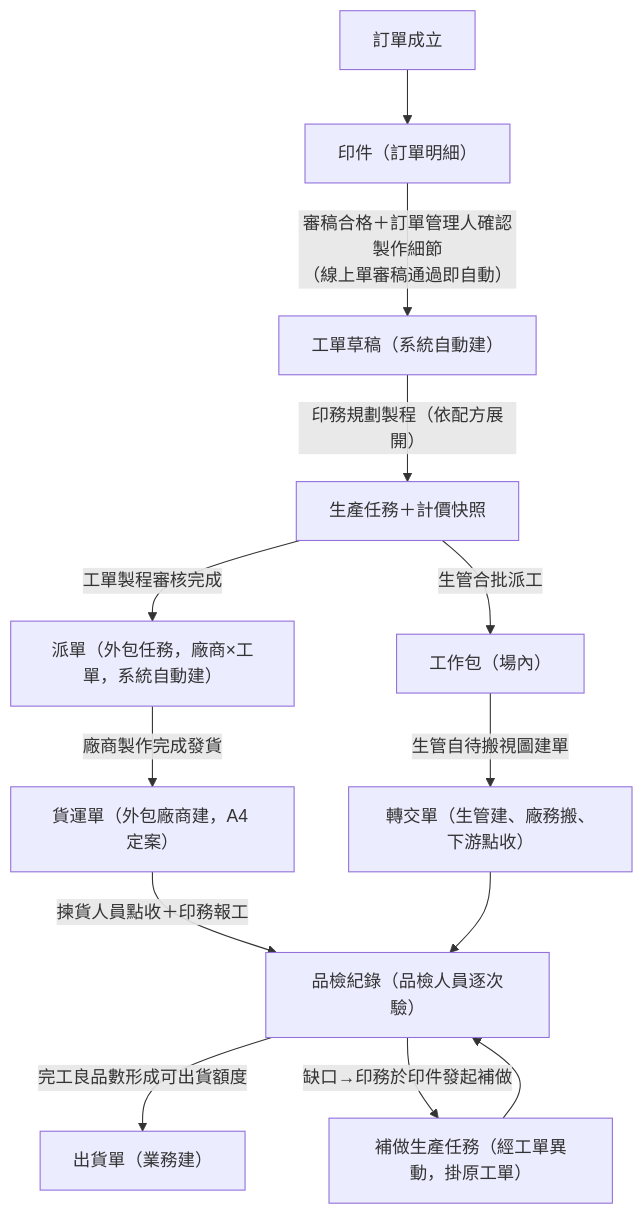
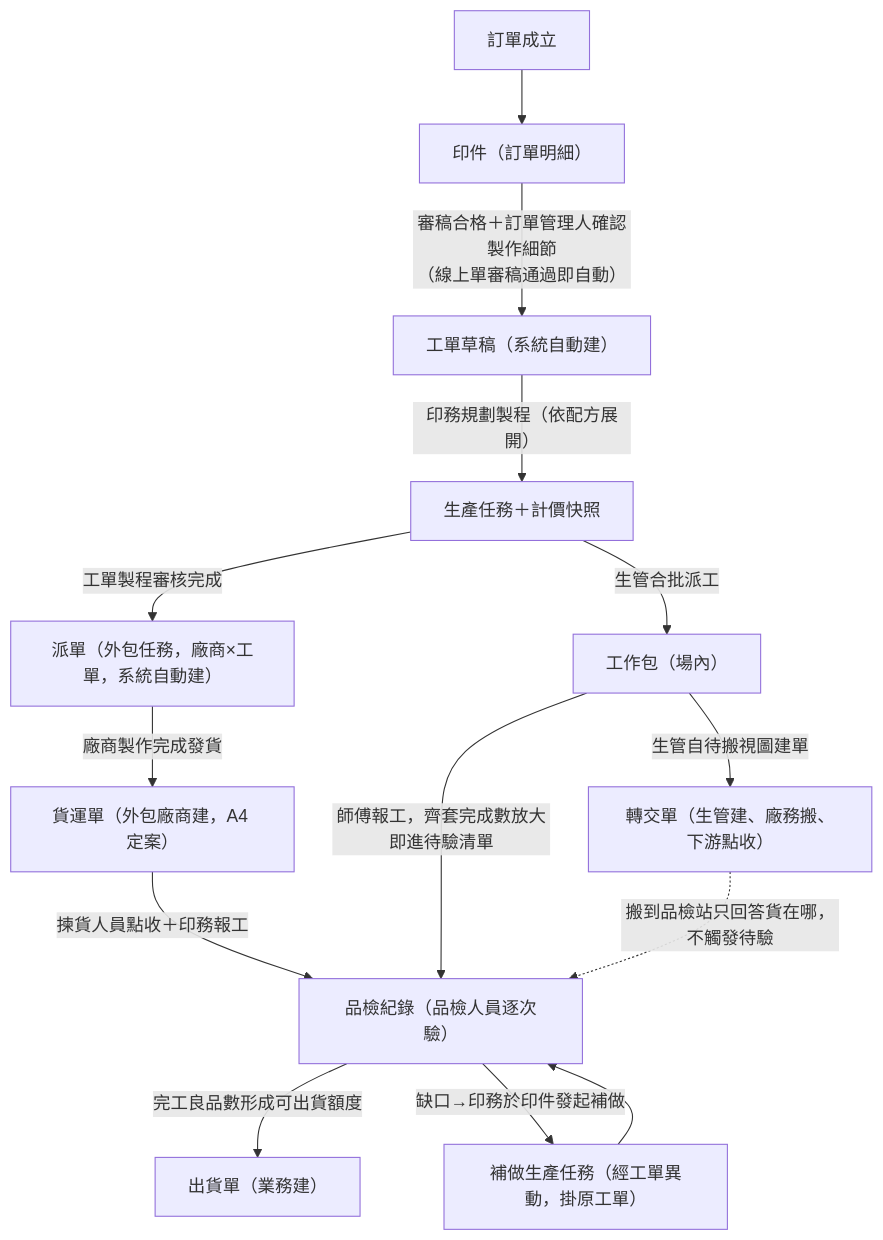
One commit to Kawato-Miles/erp-spec changed the second of 4 diagrams in memory/Sens_wiki/wiki/erp/05-entities/生產領域資料結構總覽.md. Above: the diagram before and after it, drawn with Mermaid. The commit also changed other lines of this file and 26 other files, not shown here.

````diff
--- a/memory/Sens_wiki/wiki/erp/05-entities/生產領域資料結構總覽.md
+++ b/memory/Sens_wiki/wiki/erp/05-entities/生產領域資料結構總覽.md
@@ -57,15 +57,16 @@
 ```mermaid
 flowchart TD
     A["訂單成立"] --> B["印件（訂單明細）"]
     B -->|"審稿合格＋訂單管理人確認製作細節<br>（線上單審稿通過即自動）"| C["工單草稿（系統自動建）"]
     C -->|"印務規劃製程（依配方展開）"| D["生產任務＋計價快照"]
     D -->|"工單製程審核完成"| E["派單（外包任務，廠商×工單，系統自動建）"]
     D -->|"生管合批派工"| F["工作包（場內）"]
     E -->|"廠商製作完成發貨"| G["貨運單（外包廠商建，A4 定案）"]
     F -->|"生管自待搬視圖建單"| H["轉交單（生管建、廠務搬、下游點收）"]
     G -->|"揀貨人員點收＋印務報工"| I["品檢紀錄（品檢人員逐次驗）"]
-    H --> I
+    F -->|"師傅報工，齊套完成數放大即進待驗清單"| I
+    H -.->|"搬到品檢站只回答貨在哪，不觸發待驗"| I
     I -->|"完工良品數形成可出貨額度"| J["出貨單（業務建）"]
     I -->|"缺口→印務於印件發起補做"| K["補做生產任務（經工單異動，掛原工單）"]
     K --> I
 ```
````
